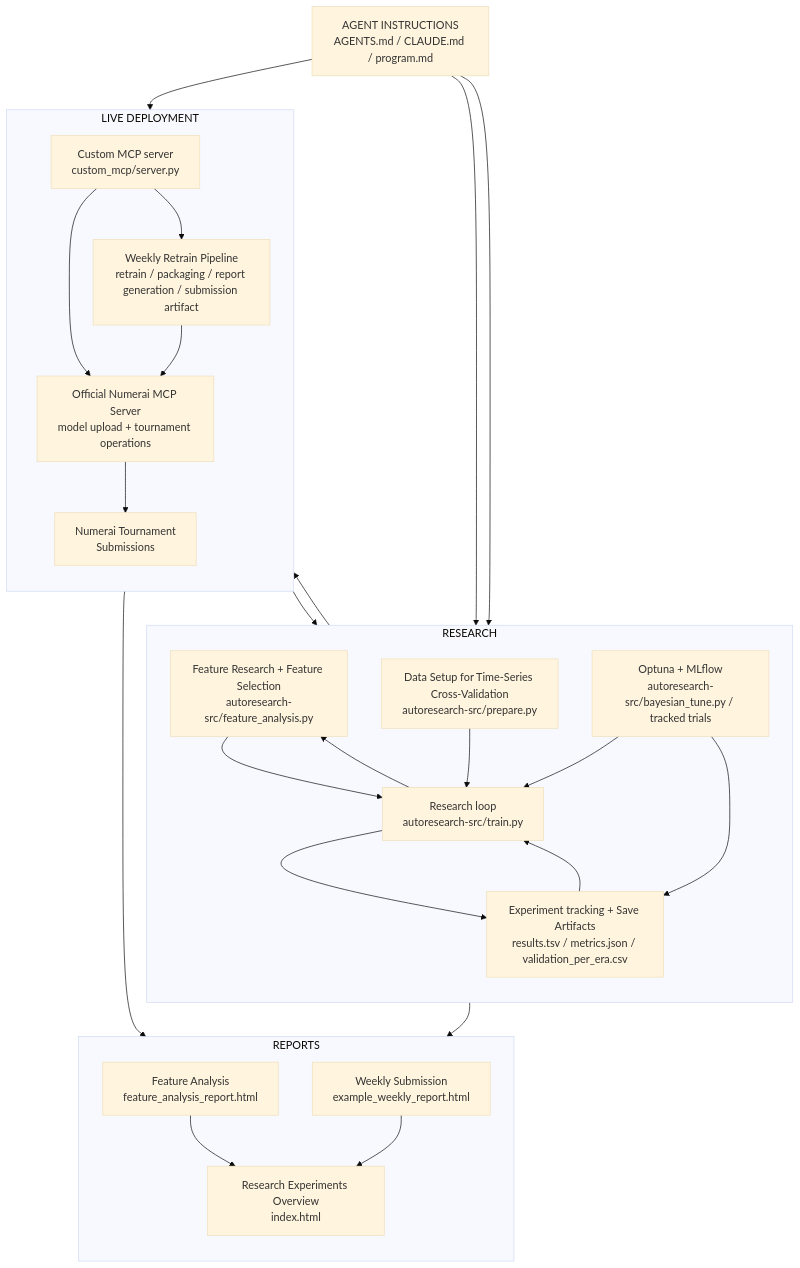
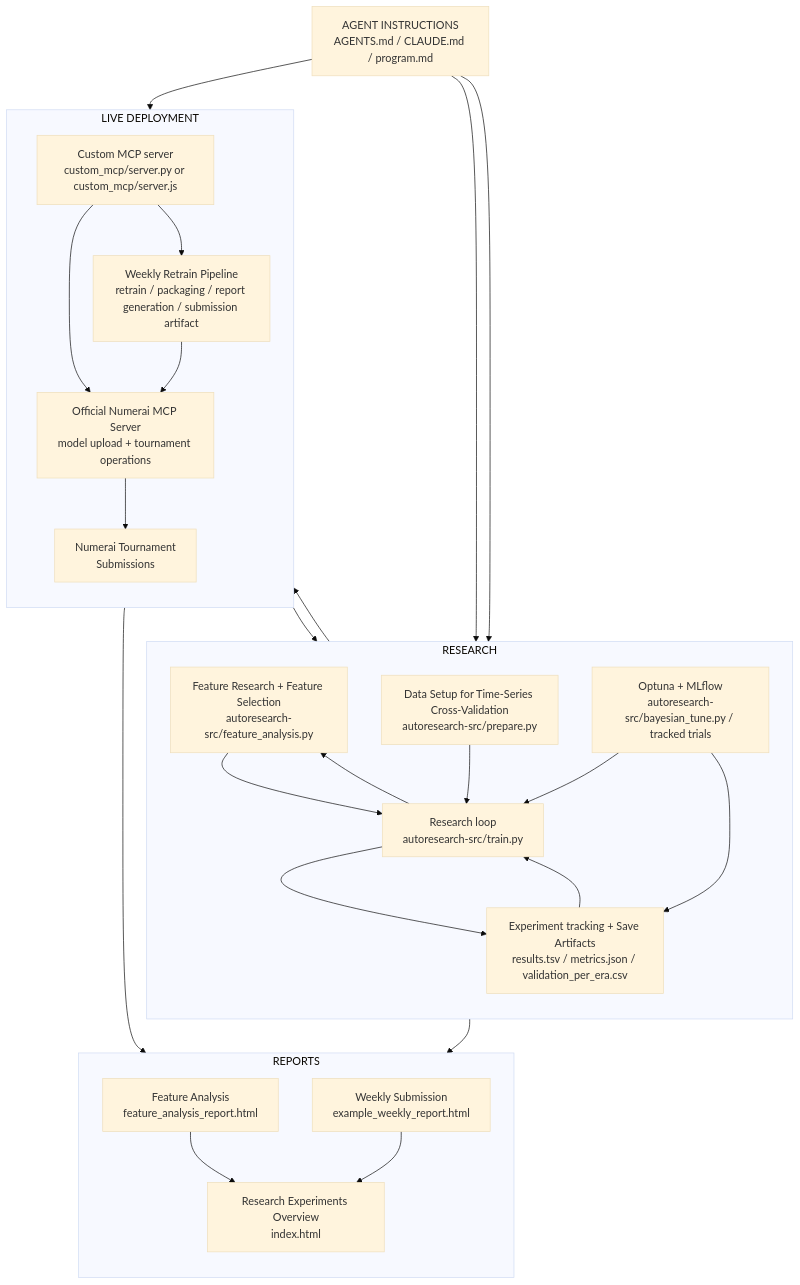
Before and after one commit to rnop/numerai-mcp-autoresearch: the diagram in README.md, drawn with Mermaid (base theme). The commit also changed other lines of this file and 11 other files, not shown here.

````diff
--- a/README.md
+++ b/README.md
@@ -43,49 +45,49 @@
 ```mermaid
 flowchart TD
     A["AGENT INSTRUCTIONS<br/>AGENTS.md / CLAUDE.md / program.md"]
 
     subgraph Research["RESEARCH"]
         direction TB
         C["Feature Research + Feature Selection<br/>autoresearch-src/feature_analysis.py"]
         D["Data Setup for Time-Series Cross-Validation<br/>autoresearch-src/prepare.py"]
         B["Research loop<br/>autoresearch-src/train.py"]
         H["Optuna + MLflow<br/>autoresearch-src/bayesian_tune.py / tracked trials"]
         F["Experiment tracking + Save Artifacts<br/>results.tsv / metrics.json / validation_per_era.csv"]
         D --> B
         H --> B
         H --> F
         B --> F
         F --> B
         B --> C
     end
 
     subgraph Reports["REPORTS"]
         direction TB
         N["Feature Analysis<br/>feature_analysis_report.html"]
         P["Weekly Submission<br/>example_weekly_report.html"]
         Q["Research Experiments Overview<br/>index.html"]
         C --> N
         N --> Q
         P --> Q
     end
 
     subgraph Live["LIVE DEPLOYMENT"]
         direction TB
-        L["Custom MCP server<br/>custom_mcp/server.py"]
+        L["Custom MCP server<br/>custom_mcp/server.py or custom_mcp/server.js"]
         J["Weekly Retrain Pipeline<br/>retrain / packaging / report generation / submission artifact"]
         R["Official Numerai MCP Server<br/>model upload + tournament operations"]
         S["Numerai Tournament<br/>Submissions"]
         L --> B
         L --> J
         J --> P
         R --> S
     end
 
     A --> C
     A --> D
     A --> L
     C --> B
     F --> J
     L --> R
     J --> R
 ```
````
